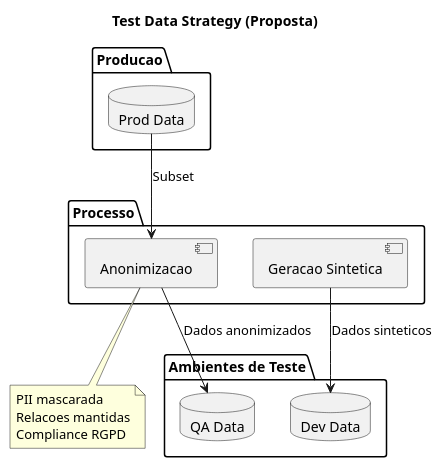
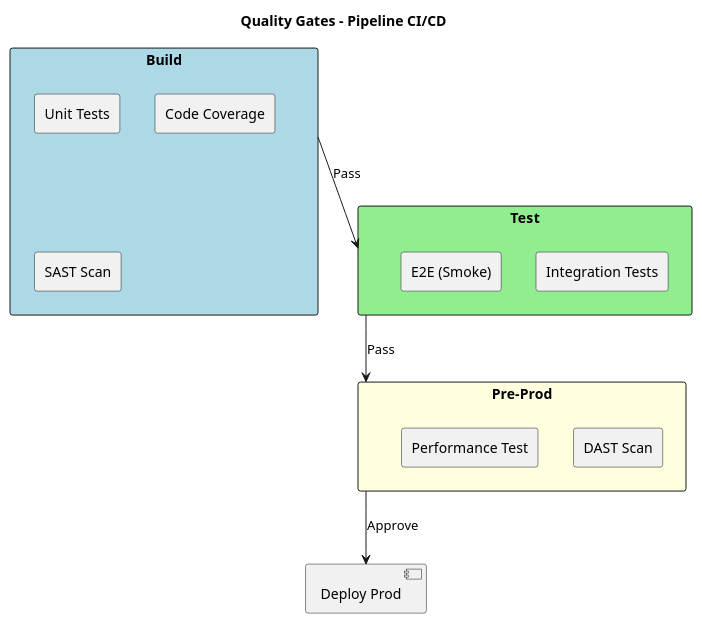
One commit to beduardo/novobanco_website_doc changed the second of 2 diagrams in current/sections/SEC-13-estrategia-testes.md. Above: the diagram before and after it, drawn with PlantUML. The commit also changed other lines of this file and 7 other files, not shown here.

````diff
--- a/current/sections/SEC-13-estrategia-testes.md
+++ b/current/sections/SEC-13-estrategia-testes.md
@@ -307,32 +67,28 @@
 ```plantuml
 @startuml
 skinparam backgroundColor white
 
-title Test Data Strategy (Proposta)
+title Quality Gates - Pipeline CI/CD
 
-package "Producao" {
-  database "Prod Data" as PROD
+rectangle "Build" as B #LightBlue {
+  rectangle "Unit Tests"
+  rectangle "Code Coverage"
+  rectangle "SAST Scan"
 }
 
-package "Processo" {
-  [Anonimizacao] as ANON
-  [Geracao Sintetica] as GEN
+rectangle "Test" as T #LightGreen {
+  rectangle "Integration Tests"
+  rectangle "E2E (Smoke)"
 }
 
-package "Ambientes de Teste" {
-  database "QA Data" as QA
-  database "Dev Data" as DEV
+rectangle "Pre-Prod" as P #LightYellow {
+  rectangle "DAST Scan"
+  rectangle "Performance Test"
 }
 
-PROD --> ANON : Subset
-ANON --> QA : Dados anonimizados
-GEN --> DEV : Dados sinteticos
-
-note bottom of ANON
-  PII mascarada
-  Relacoes mantidas
-  Compliance RGPD
-end note
+B --> T : Pass
+T --> P : Pass
+P --> [Deploy Prod] : Approve
 
 @enduml
 ```
````
